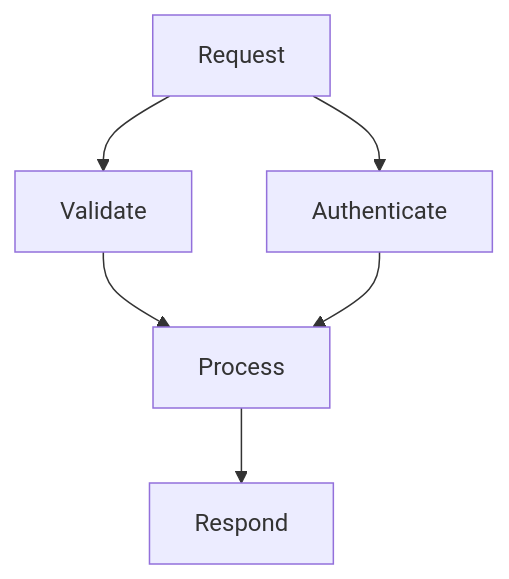
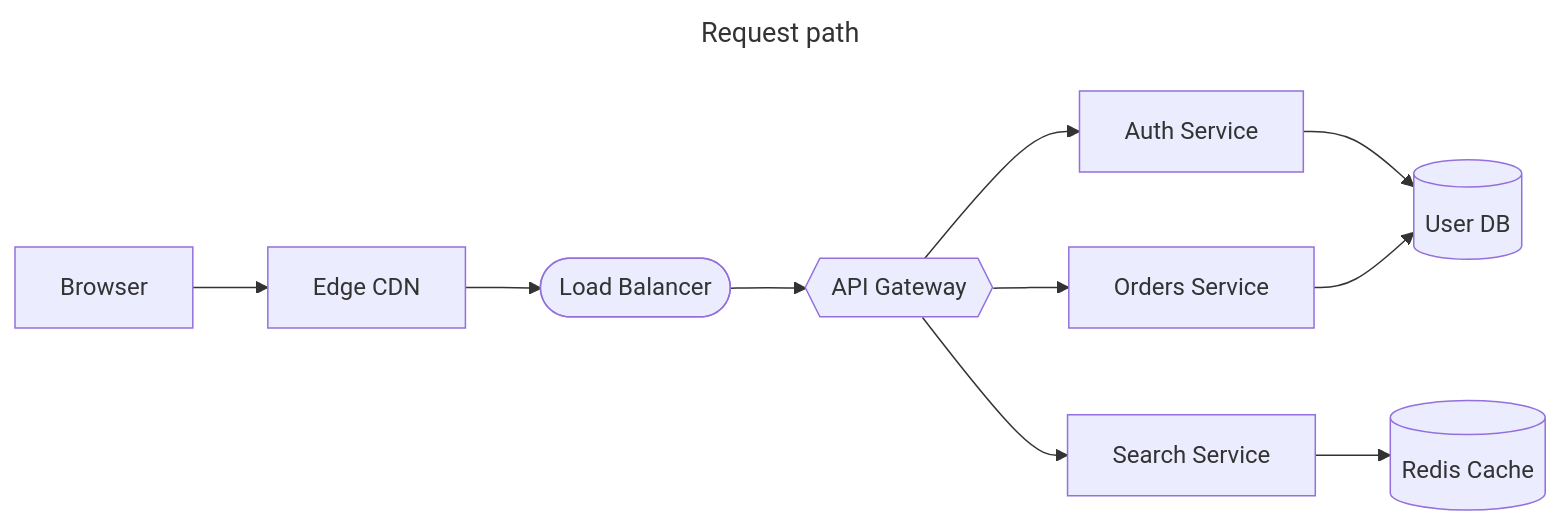
The sixth of 7 diagrams in examples/diagram-narration.md (Laticent/lattice), drawn with Mermaid before and after one commit. The commit also changed other lines of this file and 4 other files, not shown here.

````diff
--- a/examples/diagram-narration.md
+++ b/examples/diagram-narration.md
@@ -120,8 +120,13 @@
 ```mermaid
-flowchart TD
-  Req["Request"] --> V["Validate"]
-  Req --> A["Authenticate"]
-  V --> P["Process"]
-  A --> P
-  P --> Res["Respond"]
+---
+title: Request path
+---
+flowchart LR
+  U["Browser"] --> CDN["Edge CDN"] --> LB(["Load Balancer"]) --> GW{{"API Gateway"}}
+  GW --> Auth["Auth Service"]
+  GW --> Orders["Orders Service"]
+  GW --> Search["Search Service"]
+  Auth --> DB[("User DB")]
+  Orders --> DB
+  Search --> Cache[("Redis Cache")]
 ```
````
